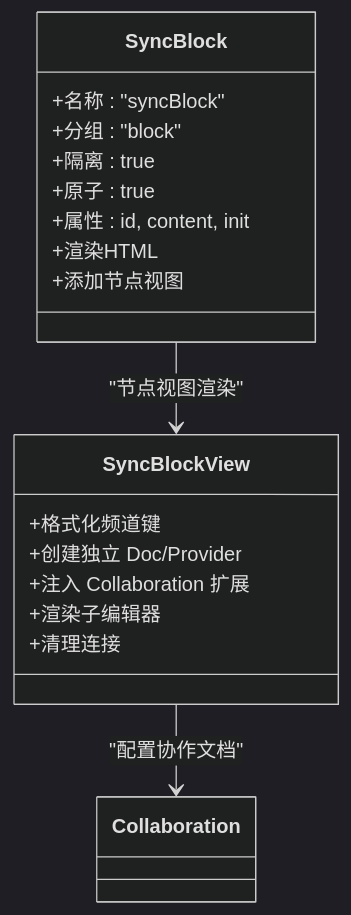
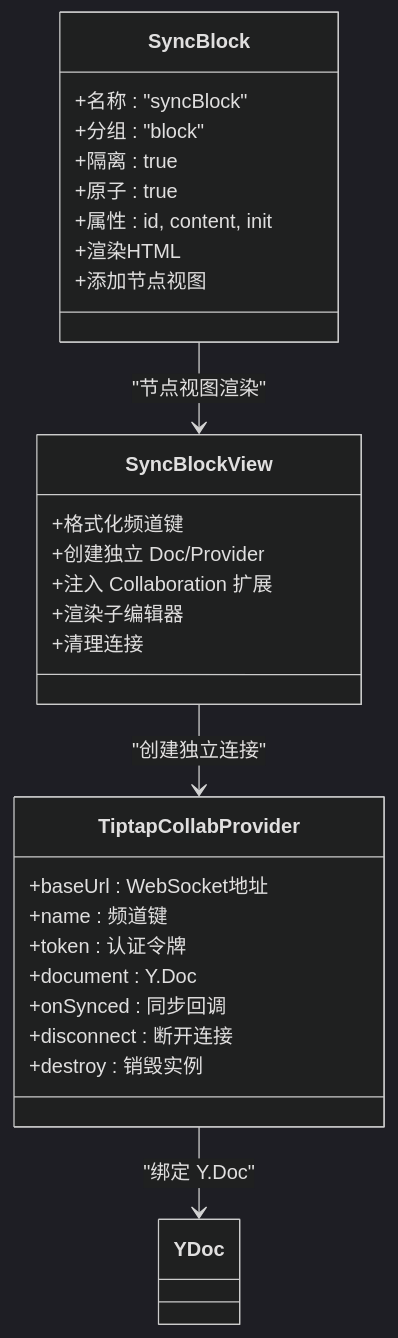
Before and after one commit to LRF0422/Kotion: the fifth of 18 diagrams in .qoder/repowiki/zh/content/架构设计/实时协作架构.md, drawn with Mermaid (dark theme). The commit also changed other lines of this file and 75 other files, not shown here.

````diff
--- a/.qoder/repowiki/zh/content/架构设计/实时协作架构.md
+++ b/.qoder/repowiki/zh/content/架构设计/实时协作架构.md
@@ -152,21 +295,31 @@
 ```mermaid
 classDiagram
 class SyncBlock {
 +名称 : "syncBlock"
 +分组 : "block"
 +隔离 : true
 +原子 : true
 +属性 : id, content, init
 +渲染HTML
 +添加节点视图
 }
 class SyncBlockView {
 +格式化频道键
 +创建独立 Doc/Provider
 +注入 Collaboration 扩展
 +渲染子编辑器
 +清理连接
 }
+class TiptapCollabProvider {
++baseUrl : WebSocket地址
++name : 频道键
++token : 认证令牌
++document : Y.Doc
++onSynced : 同步回调
++disconnect : 断开连接
++destroy : 销毁实例
+}
 SyncBlock --> SyncBlockView : "节点视图渲染"
-SyncBlockView --> Collaboration : "配置协作文档"
+SyncBlockView --> TiptapCollabProvider : "创建独立连接"
+TiptapCollabProvider --> YDoc : "绑定 Y.Doc"
 ```
````
